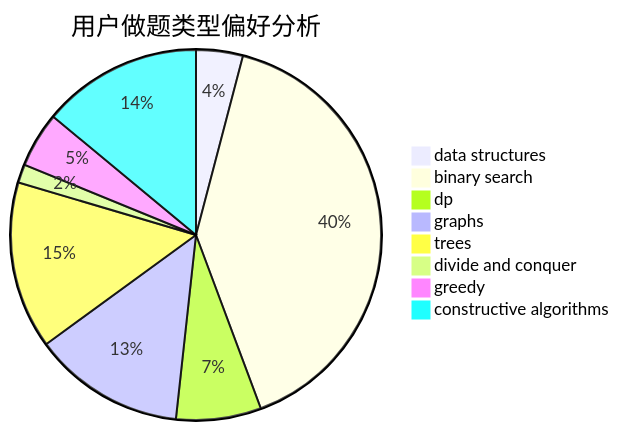
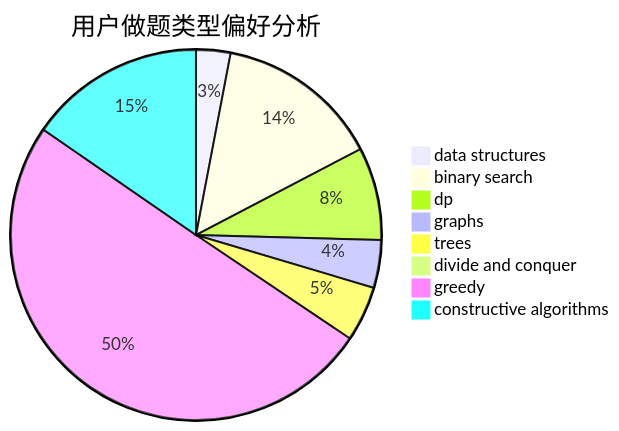
Before and after one commit to sherpahu/cfrs.github.io: the second of 3 diagrams in docs/user/u1948.md, drawn with Mermaid. The commit also changed other lines of this file and 2770 other files, not shown here.

````diff
--- a/docs/user/u1948.md
+++ b/docs/user/u1948.md
@@ -23,11 +23,11 @@
 ```mermaid
 pie title 用户做题类型偏好分析
-    "data structures" :  33
-    "binary search" :  325
-    "dp" :  60
-    "graphs" :  107
-    "trees" :  118
-    "divide and conquer" :  13
-    "greedy" :  39
-    "constructive algorithms" :  113
+    "data structures" :  23
+    "binary search" :  110
+    "dp" :  62
+    "graphs" :  32
+    "trees" :  37
+    "divide and conquer" :  0
+    "greedy" :  385
+    "constructive algorithms" :  118
 ```
````
